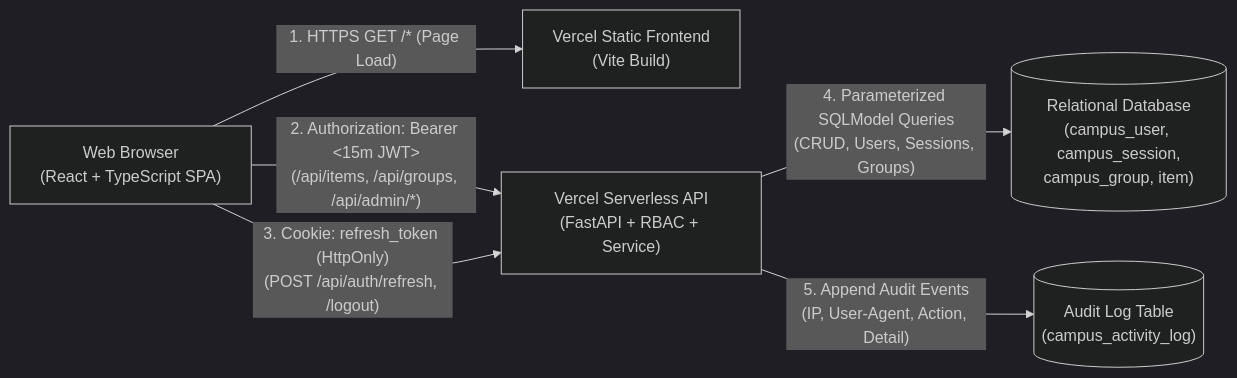
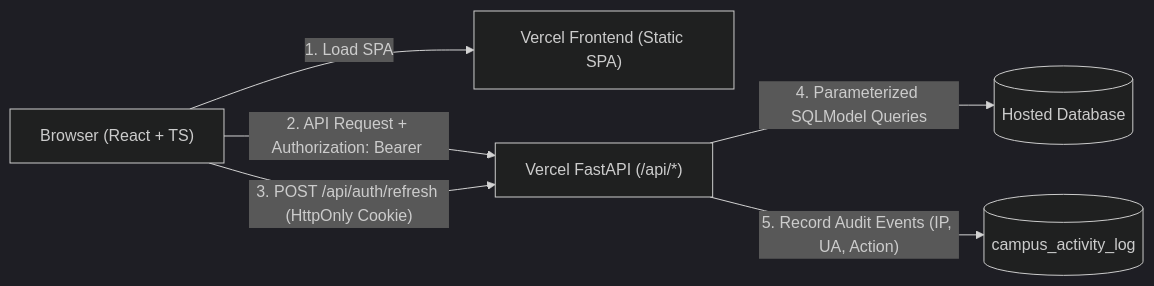
One commit to Ishmam2001/saaa changed the second of 7 diagrams in docs/FINAL_REPORT.md. Above: the diagram before and after it, drawn with Mermaid (dark theme). The commit also changed other lines of this file, not shown here.

````diff
--- a/docs/FINAL_REPORT.md
+++ b/docs/FINAL_REPORT.md
@@ -422,14 +338,14 @@
 ```mermaid
 flowchart LR
-    Browser["Web Browser\n(React + TypeScript SPA)"]
-    FE["Vercel Static Frontend\n(Vite Build)"]
-    API["Vercel Serverless API\n(FastAPI + RBAC + Service)"]
-    DB[("Relational Database\n(campus_user, campus_session,\ncampus_group, item)")]
-    Audit[("Audit Log Table\n(campus_activity_log)")]
+    Browser["Browser (React + TS)"]
+    FE["Vercel Frontend (Static SPA)"]
+    API["Vercel FastAPI (/api/*)"]
+    DB[("Hosted Database")]
+    Audit[("campus_activity_log")]
 
-    Browser -->|"1. HTTPS GET /* (Page Load)"| FE
-    Browser -->|"2. Authorization: Bearer <15m JWT>\n(/api/items, /api/groups, /api/admin/*)"| API
-    Browser -->|"3. Cookie: refresh_token (HttpOnly)\n(POST /api/auth/refresh, /logout)"| API
-    API -->|"4. Parameterized SQLModel Queries\n(CRUD, Users, Sessions, Groups)"| DB
-    API -->|"5. Append Audit Events\n(IP, User-Agent, Action, Detail)"| Audit
+    Browser -->|"1. Load SPA"| FE
+    Browser -->|"2. API Request + Authorization: Bearer <JWT>"| API
+    Browser -->|"3. POST /api/auth/refresh (HttpOnly Cookie)"| API
+    API -->|"4. Parameterized SQLModel Queries"| DB
+    API -->|"5. Record Audit Events (IP, UA, Action)"| Audit
 ```
````
